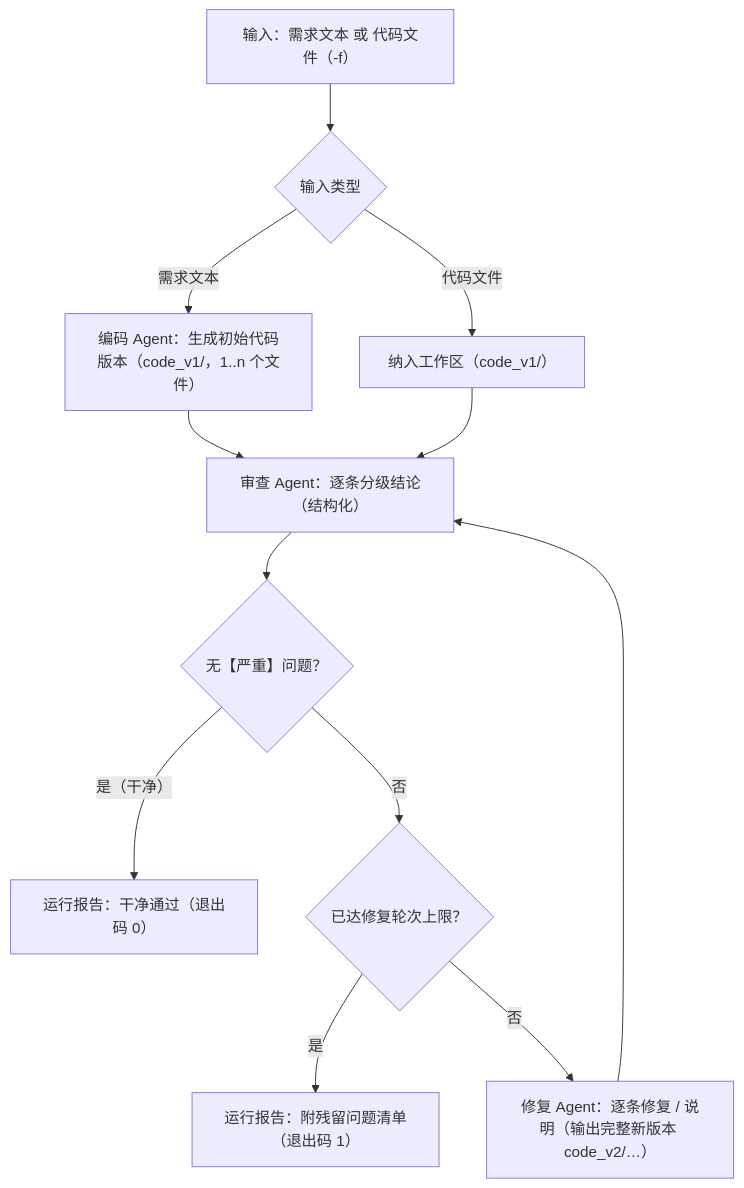
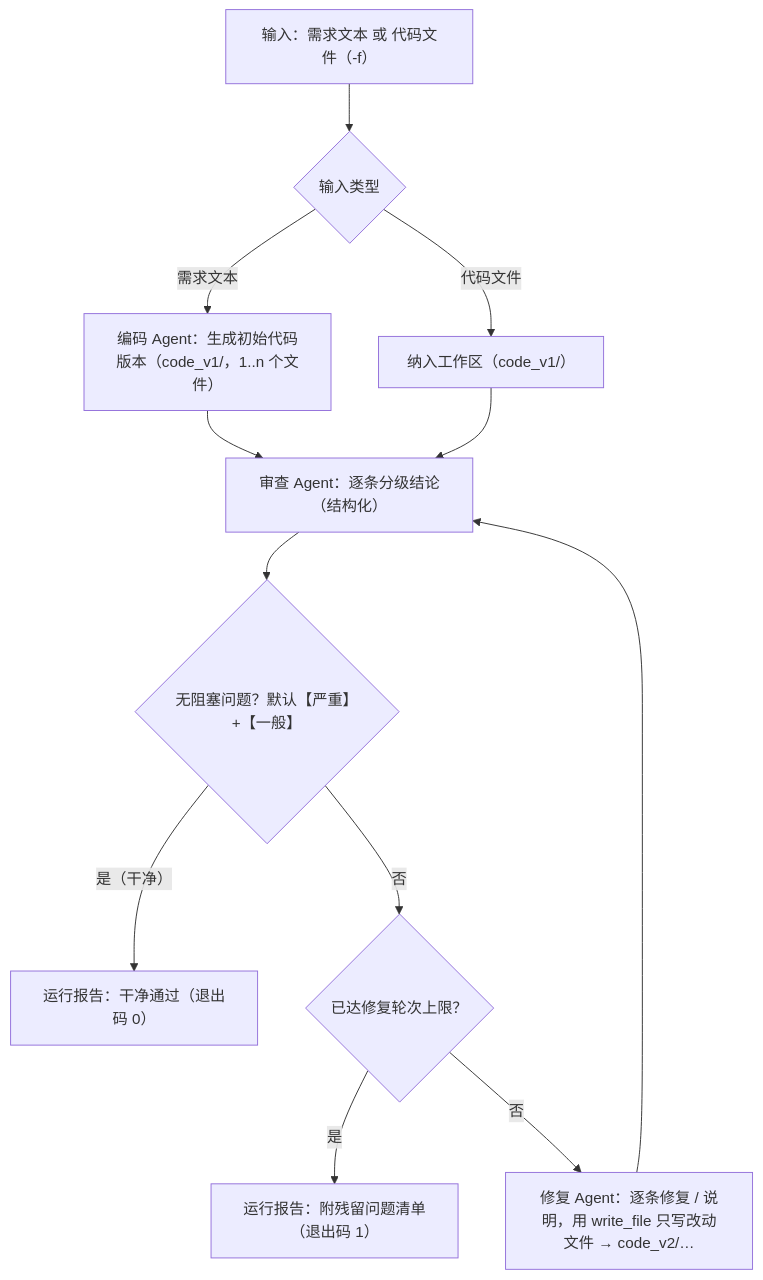
The diagram in README.md (StyxNether/code-review-workflow), drawn with Mermaid before and after one commit. The commit also changed other lines of this file and 1 other file, not shown here.

````diff
--- a/README.md
+++ b/README.md
@@ -9,14 +25,14 @@
 ```mermaid
 flowchart TD
     A["输入：需求文本 或 代码文件（-f）"] --> B{"输入类型"}
     B -- "需求文本" --> C["编码 Agent：生成初始代码版本（code_v1/，1..n 个文件）"]
     B -- "代码文件" --> D["纳入工作区（code_v1/）"]
     C --> E["审查 Agent：逐条分级结论（结构化）"]
     D --> E
-    E --> F{"无【严重】问题？"}
+    E --> F{"无阻塞问题？默认【严重】+【一般】"}
     F -- "是（干净）" --> G["运行报告：干净通过（退出码 0）"]
     F -- "否" --> H{"已达修复轮次上限？"}
     H -- "是" --> I["运行报告：附残留问题清单（退出码 1）"]
-    H -- "否" --> J["修复 Agent：逐条修复 / 说明（输出完整新版本 code_v2/…）"]
+    H -- "否" --> J["修复 Agent：逐条修复 / 说明，用 write_file 只写改动文件 → code_v2/…"]
     J --> E
 ```
````
